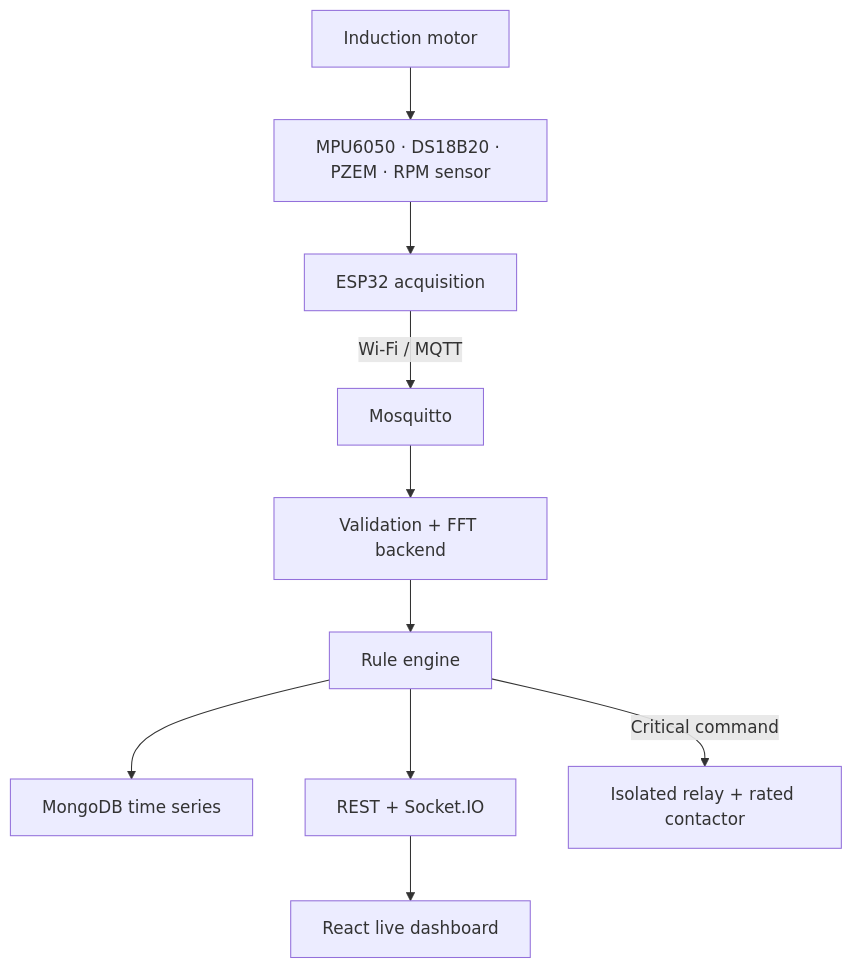
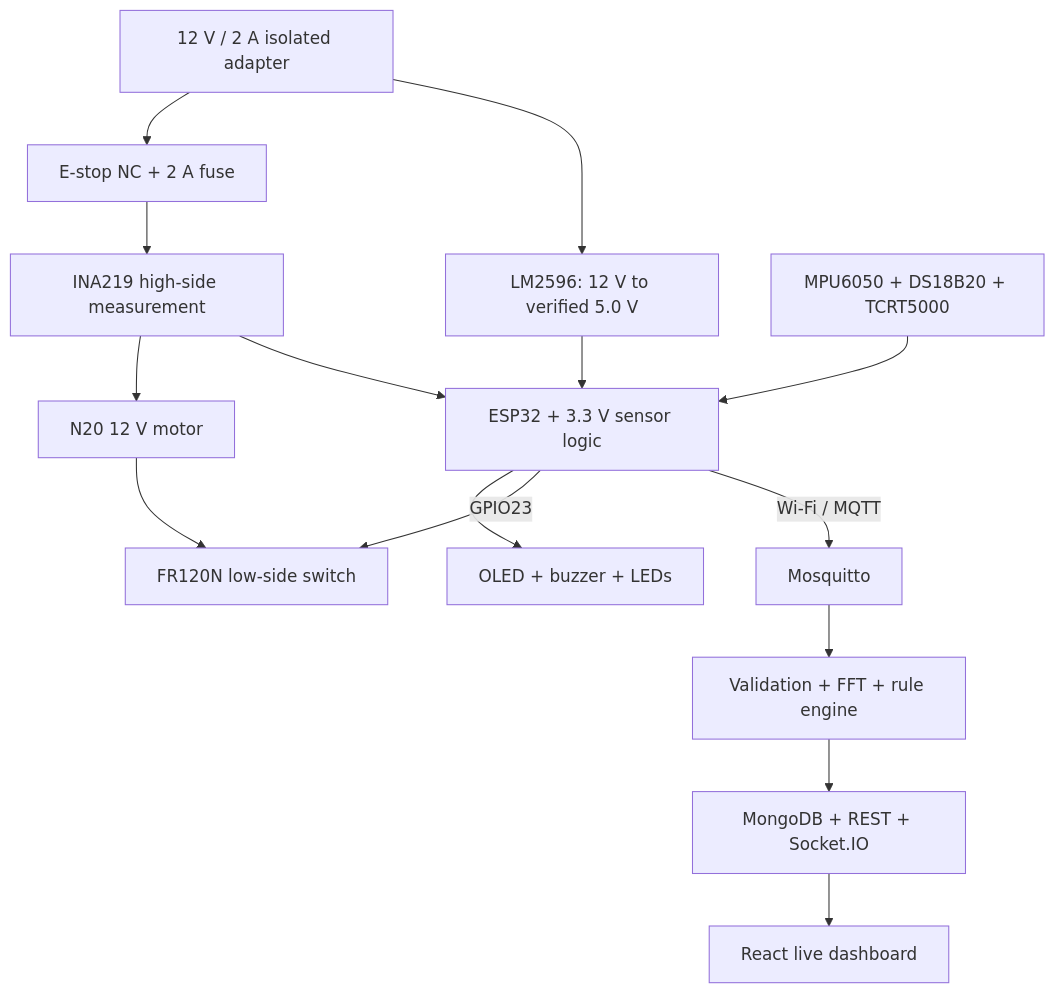
One commit to MayankGangwar1234/motor_monitoring changed the diagram in README.md. Above: the diagram before and after it, drawn with Mermaid. The commit also changed other lines of this file and 14 other files, not shown here.

````diff
--- a/README.md
+++ b/README.md
@@ -20,12 +26,17 @@
 ```mermaid
 flowchart TD
-    A["Induction motor"] --> B["MPU6050 · DS18B20 · PZEM · RPM sensor"]
-    B --> C["ESP32 acquisition"]
-    C -->|"Wi-Fi / MQTT"| D["Mosquitto"]
-    D --> E["Validation + FFT backend"]
-    E --> F["Rule engine"]
-    F --> G["MongoDB time series"]
-    F --> H["REST + Socket.IO"]
-    H --> I["React live dashboard"]
-    F -->|"Critical command"| J["Isolated relay + rated contactor"]
+    A["12 V / 2 A isolated adapter"] --> B["E-stop NC + 2 A fuse"]
+    B --> C["INA219 high-side measurement"]
+    C --> D["N20 12 V motor"]
+    D --> E["FR120N low-side switch"]
+    A --> F["LM2596: 12 V to verified 5.0 V"]
+    F --> G["ESP32 + 3.3 V sensor logic"]
+    H["MPU6050 + DS18B20 + TCRT5000"] --> G
+    C --> G
+    G --> I["OLED + buzzer + LEDs"]
+    G -->|"GPIO23"| E
+    G -->|"Wi-Fi / MQTT"| J["Mosquitto"]
+    J --> K["Validation + FFT + rule engine"]
+    K --> L["MongoDB + REST + Socket.IO"]
+    L --> M["React live dashboard"]
 ```
````
